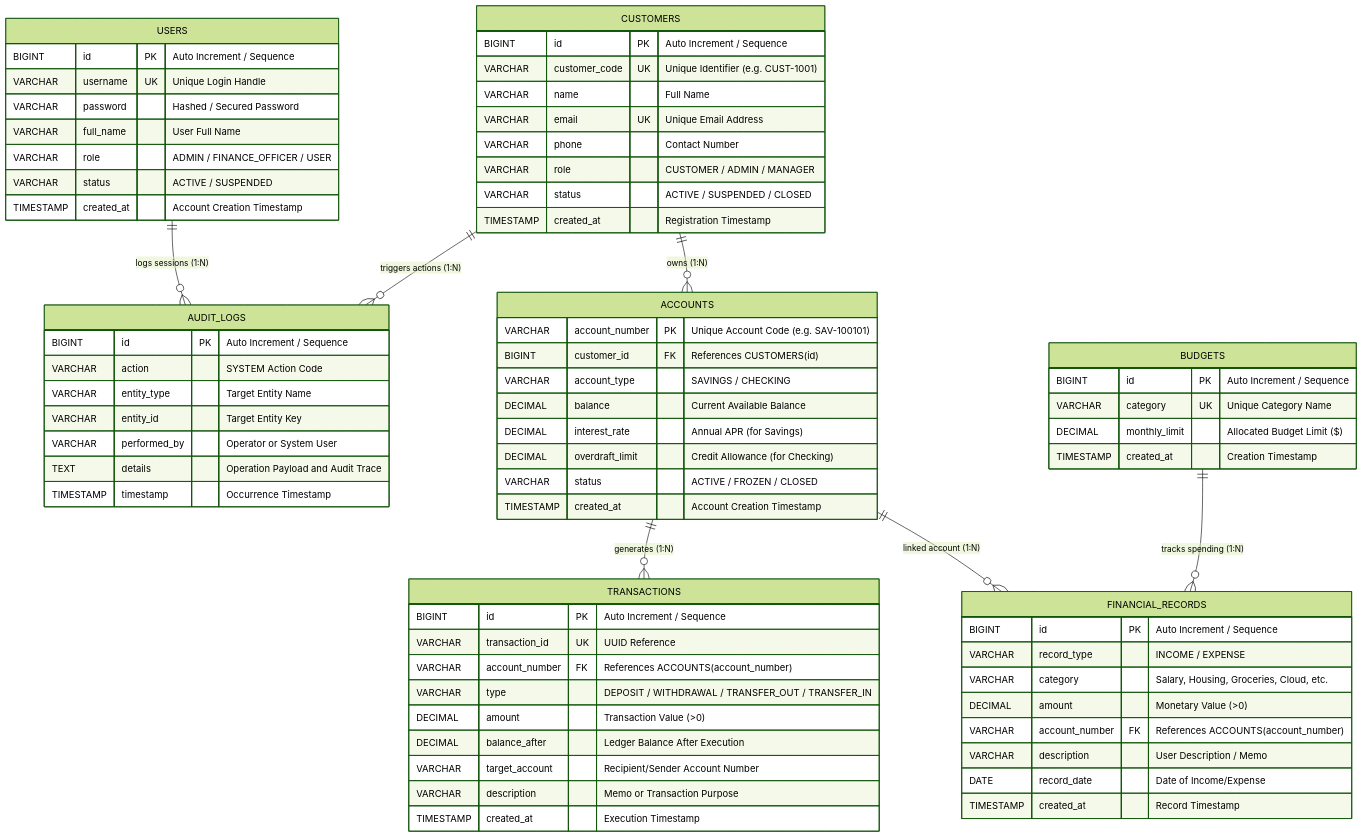
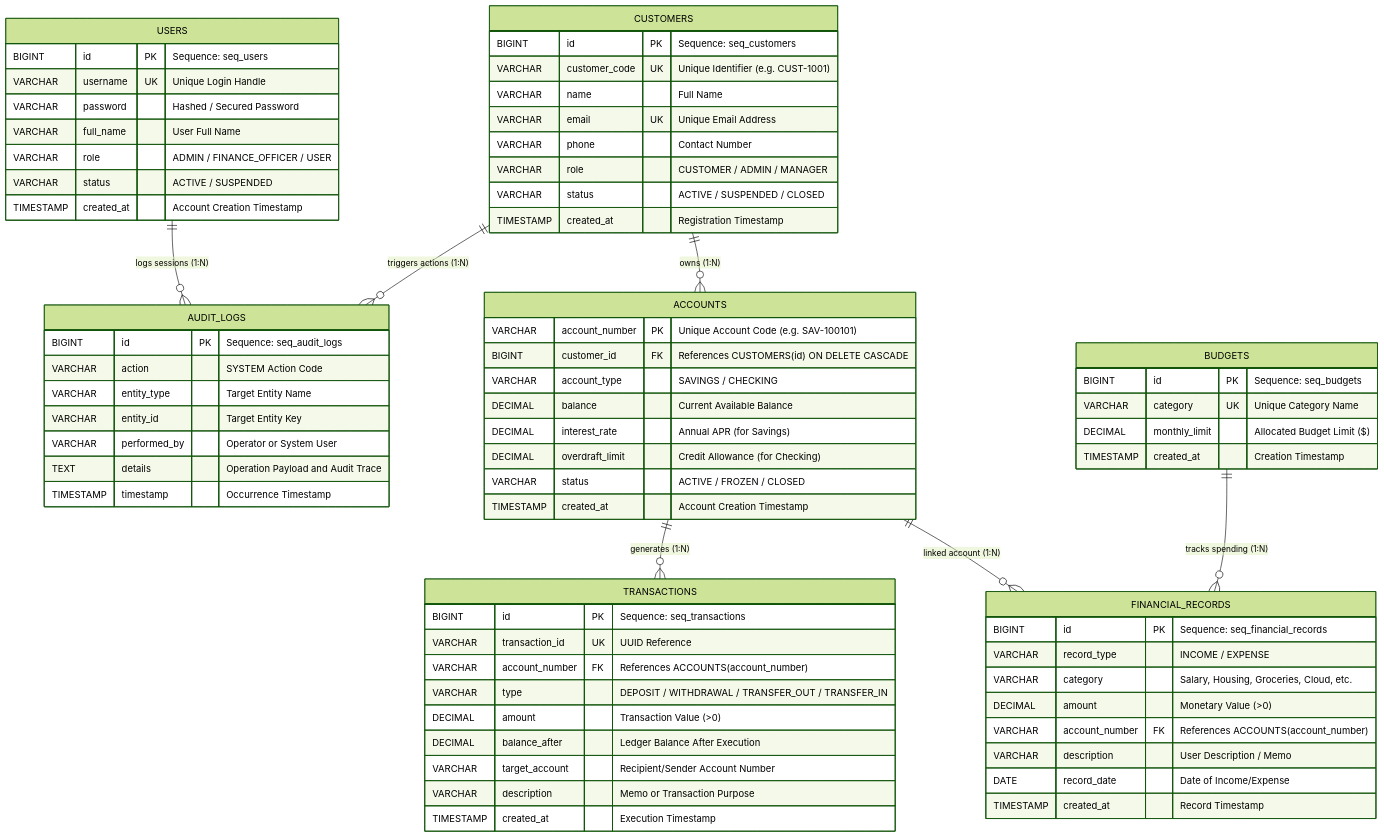
Before and after one commit to SmitroniX/FINCORE-OOP-DBMS-CAPSTONE-BANKING-SYSTEM: the first of 5 diagrams in docs/ERD_AND_UML.md, drawn with Mermaid (forest theme). The commit also changed other lines of this file and 30 other files, not shown here.

````diff
--- a/docs/ERD_AND_UML.md
+++ b/docs/ERD_AND_UML.md
@@ -23,81 +27,81 @@
 ```mermaid
 erDiagram
     USERS ||--o{ AUDIT_LOGS : "logs sessions (1:N)"
     CUSTOMERS ||--o{ ACCOUNTS : "owns (1:N)"
     ACCOUNTS ||--o{ TRANSACTIONS : "generates (1:N)"
     ACCOUNTS ||--o{ FINANCIAL_RECORDS : "linked account (1:N)"
     CUSTOMERS ||--o{ AUDIT_LOGS : "triggers actions (1:N)"
     BUDGETS ||--o{ FINANCIAL_RECORDS : "tracks spending (1:N)"
 
     USERS {
-        BIGINT id PK "Auto Increment / Sequence"
+        BIGINT id PK "Sequence: seq_users"
         VARCHAR username UK "Unique Login Handle"
         VARCHAR password "Hashed / Secured Password"
         VARCHAR full_name "User Full Name"
         VARCHAR role "ADMIN / FINANCE_OFFICER / USER"
         VARCHAR status "ACTIVE / SUSPENDED"
         TIMESTAMP created_at "Account Creation Timestamp"
     }
 
     CUSTOMERS {
-        BIGINT id PK "Auto Increment / Sequence"
+        BIGINT id PK "Sequence: seq_customers"
         VARCHAR customer_code UK "Unique Identifier (e.g. CUST-1001)"
         VARCHAR name "Full Name"
         VARCHAR email UK "Unique Email Address"
         VARCHAR phone "Contact Number"
         VARCHAR role "CUSTOMER / ADMIN / MANAGER"
         VARCHAR status "ACTIVE / SUSPENDED / CLOSED"
         TIMESTAMP created_at "Registration Timestamp"
     }
 
     ACCOUNTS {
         VARCHAR account_number PK "Unique Account Code (e.g. SAV-100101)"
-        BIGINT customer_id FK "References CUSTOMERS(id)"
+        BIGINT customer_id FK "References CUSTOMERS(id) ON DELETE CASCADE"
         VARCHAR account_type "SAVINGS / CHECKING"
         DECIMAL balance "Current Available Balance"
         DECIMAL interest_rate "Annual APR (for Savings)"
         DECIMAL overdraft_limit "Credit Allowance (for Checking)"
         VARCHAR status "ACTIVE / FROZEN / CLOSED"
         TIMESTAMP created_at "Account Creation Timestamp"
     }
 
     TRANSACTIONS {
-        BIGINT id PK "Auto Increment / Sequence"
+        BIGINT id PK "Sequence: seq_transactions"
         VARCHAR transaction_id UK "UUID Reference"
         VARCHAR account_number FK "References ACCOUNTS(account_number)"
         VARCHAR type "DEPOSIT / WITHDRAWAL / TRANSFER_OUT / TRANSFER_IN"
         DECIMAL amount "Transaction Value (>0)"
         DECIMAL balance_after "Ledger Balance After Execution"
         VARCHAR target_account "Recipient/Sender Account Number"
         VARCHAR description "Memo or Transaction Purpose"
         TIMESTAMP created_at "Execution Timestamp"
     }
 
     FINANCIAL_RECORDS {
-        BIGINT id PK "Auto Increment / Sequence"
+        BIGINT id PK "Sequence: seq_financial_records"
         VARCHAR record_type "INCOME / EXPENSE"
         VARCHAR category "Salary, Housing, Groceries, Cloud, etc."
         DECIMAL amount "Monetary Value (>0)"
         VARCHAR account_number FK "References ACCOUNTS(account_number)"
         VARCHAR description "User Description / Memo"
         DATE record_date "Date of Income/Expense"
         TIMESTAMP created_at "Record Timestamp"
     }
 
     BUDGETS {
-        BIGINT id PK "Auto Increment / Sequence"
+        BIGINT id PK "Sequence: seq_budgets"
         VARCHAR category UK "Unique Category Name"
         DECIMAL monthly_limit "Allocated Budget Limit ($)"
         TIMESTAMP created_at "Creation Timestamp"
     }
 
     AUDIT_LOGS {
-        BIGINT id PK "Auto Increment / Sequence"
+        BIGINT id PK "Sequence: seq_audit_logs"
         VARCHAR action "SYSTEM Action Code"
         VARCHAR entity_type "Target Entity Name"
         VARCHAR entity_id "Target Entity Key"
         VARCHAR performed_by "Operator or System User"
         TEXT details "Operation Payload and Audit Trace"
         TIMESTAMP timestamp "Occurrence Timestamp"
     }
 ```
````
